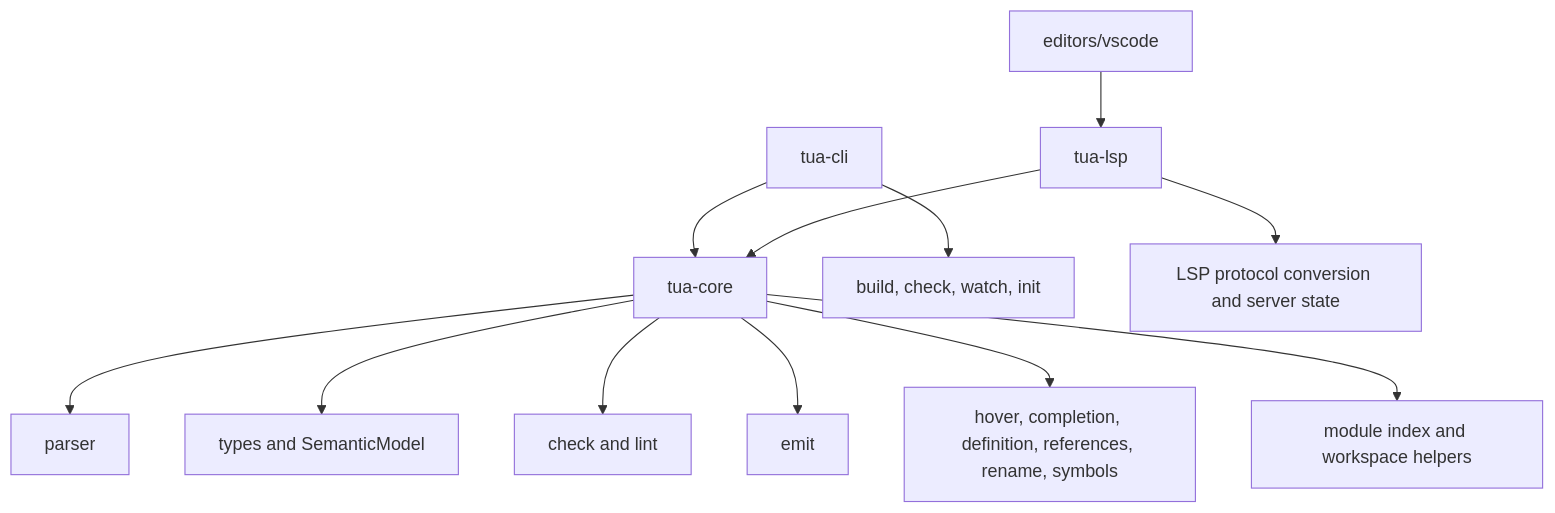
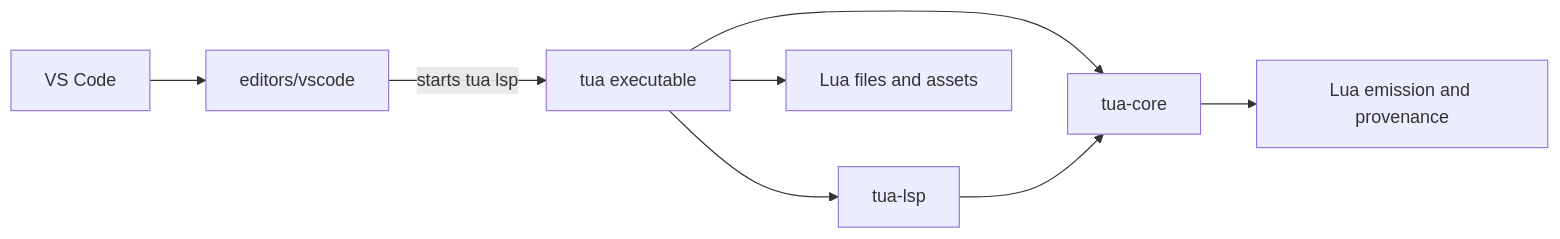
The first of 6 diagrams in docs/architecture.md (Kyonru/tua-lang), drawn with Mermaid before and after one commit. The commit also changed other lines of this file and 38 other files, not shown here.

````diff
--- a/docs/architecture.md
+++ b/docs/architecture.md
@@ -28,16 +22,10 @@
 ```mermaid
-flowchart TD
-  CLI[tua-cli] --> Core[tua-core]
-  LSP[tua-lsp] --> Core
-  VSCode[editors/vscode] --> LSP
-
-  Core --> Parser[parser]
-  Core --> Types[types and SemanticModel]
-  Core --> Check[check and lint]
-  Core --> Emit[emit]
-  Core --> IDE[hover, completion, definition, references, rename, symbols]
-  Core --> Project[module index and workspace helpers]
-
-  CLI --> Build[build, check, watch, init]
-  LSP --> Protocol[LSP protocol conversion and server state]
+flowchart LR
+  Editor[VS Code] --> Extension[editors/vscode]
+  Extension -->|starts tua lsp| CLI[tua executable]
+  CLI --> LSP[tua-lsp]
+  CLI --> Core[tua-core]
+  LSP --> Core
+  Core --> Lua[Lua emission and provenance]
+  CLI --> Output[Lua files and assets]
 ```
````
